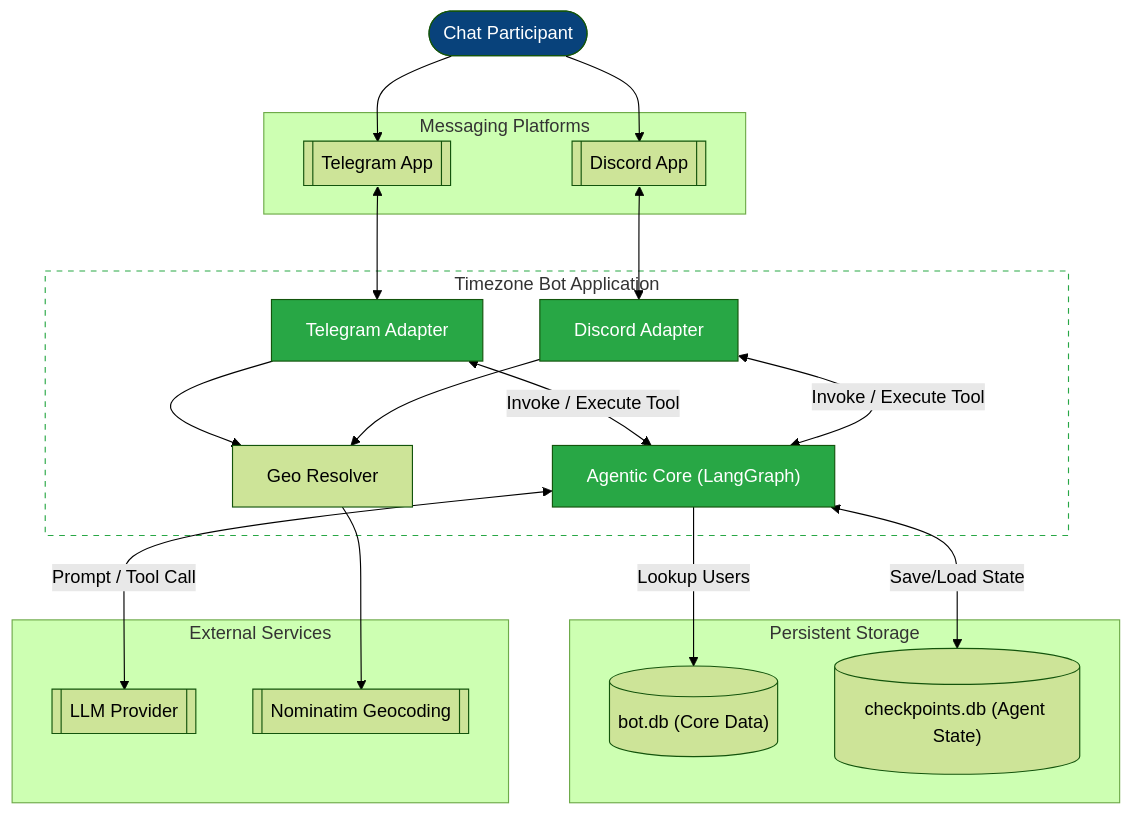
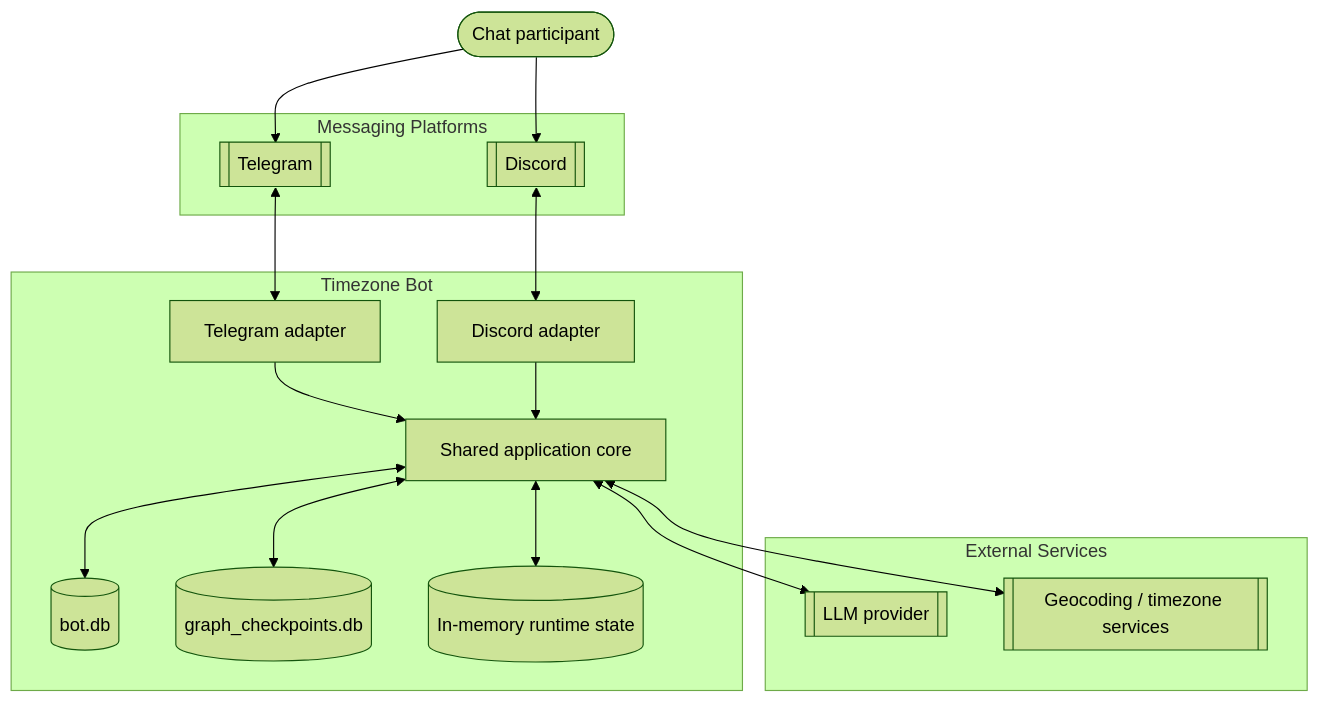
The diagram in journal/02_container_diagram.md (antlbn/Timezone_bot), drawn with Mermaid (forest theme) before and after one commit. The commit also changed other lines of this file and 21 other files, not shown here.

````diff
--- a/journal/02_container_diagram.md
+++ b/journal/02_container_diagram.md
@@ -7,52 +7,35 @@
 ```mermaid
 graph TD
-    User([Chat Participant])
-    
-    subgraph Platforms [Messaging Platforms]
-        TG_API[[Telegram App]]
-        DC_API[[Discord App]]
+    User([Chat participant])
+
+    subgraph Platforms[Messaging Platforms]
+        TG[[Telegram]]
+        DC[[Discord]]
     end
 
-    subgraph BotApp [Timezone Bot Application]
-        TG_Adp["Telegram Adapter"]
-        DC_Adp["Discord Adapter"]
-        
-        Core["Agentic Core (LangGraph)"]
-        Geo["Geo Resolver"]
+    subgraph Bot[Timezone Bot]
+        TGA[Telegram adapter]
+        DCA[Discord adapter]
+        Core[Shared application core]
+        DB1[("bot.db")]
+        DB2[("graph_checkpoints.db")]
+        MEM[(In-memory runtime state)]
     end
 
-    subgraph DBs [Persistent Storage]
-        DB1[("bot.db (Core Data)")]
-        DB2[("checkpoints.db (Agent State)")]
+    subgraph External[External Services]
+        LLM[[LLM provider]]
+        GEO[[Geocoding / timezone services]]
     end
 
-    subgraph Ext [External Services]
-        LLM[[LLM Provider]]
-        Nom[[Nominatim Geocoding]]
-    end
-
-    User --> TG_API
-    User --> DC_API
-    
-    TG_API <--> TG_Adp
-    DC_API <--> DC_Adp
-    
-    TG_Adp <-->|Invoke / Execute Tool| Core
-    DC_Adp <-->|Invoke / Execute Tool| Core
-    
-    TG_Adp --> Geo
-    DC_Adp --> Geo
-    
-    Core <-->|Prompt / Tool Call| LLM
-    Core <-->|Save/Load State| DB2
-    Core -->|Lookup Users| DB1
-    
-    Geo --> Nom
-
-    %% Styling
-    style User fill:#08427b,color:#fff
-    style TG_Adp fill:#28a745,color:#fff
-    style DC_Adp fill:#28a745,color:#fff
-    style Core fill:#28a745,color:#fff
-    style BotApp fill:none,stroke:#28a745,stroke-dasharray: 5 5
+    User --> TG
+    User --> DC
+    TG <--> TGA
+    DC <--> DCA
+    TGA --> Core
+    DCA --> Core
+    Core <--> DB1
+    Core <--> DB2
+    Core <--> MEM
+    Core <--> LLM
+    Core <--> GEO
 ```
````
